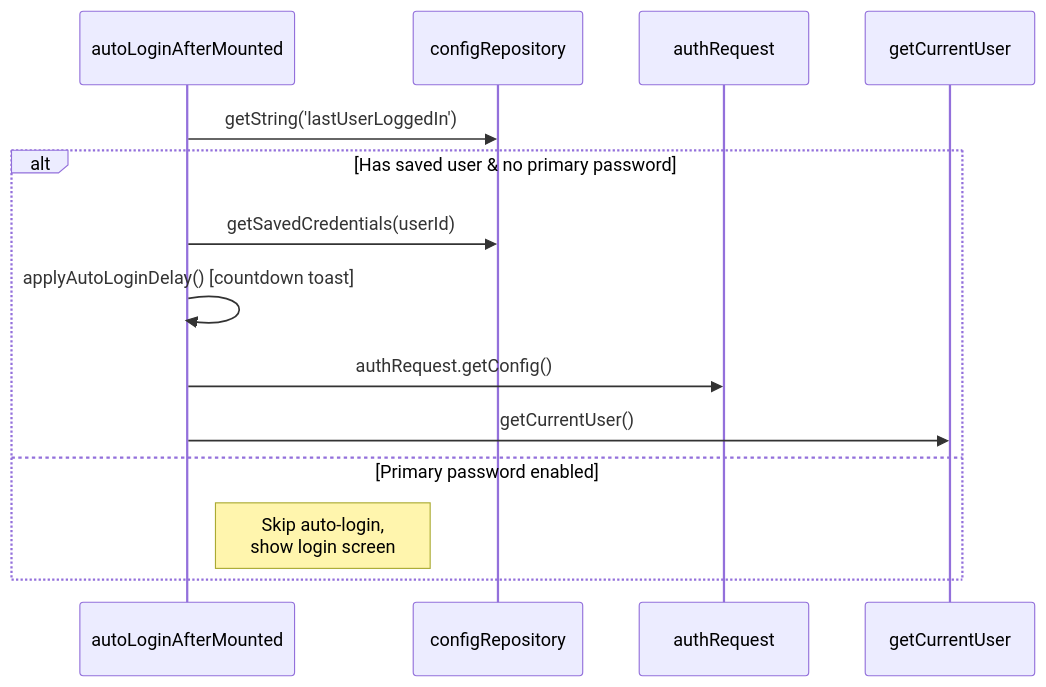
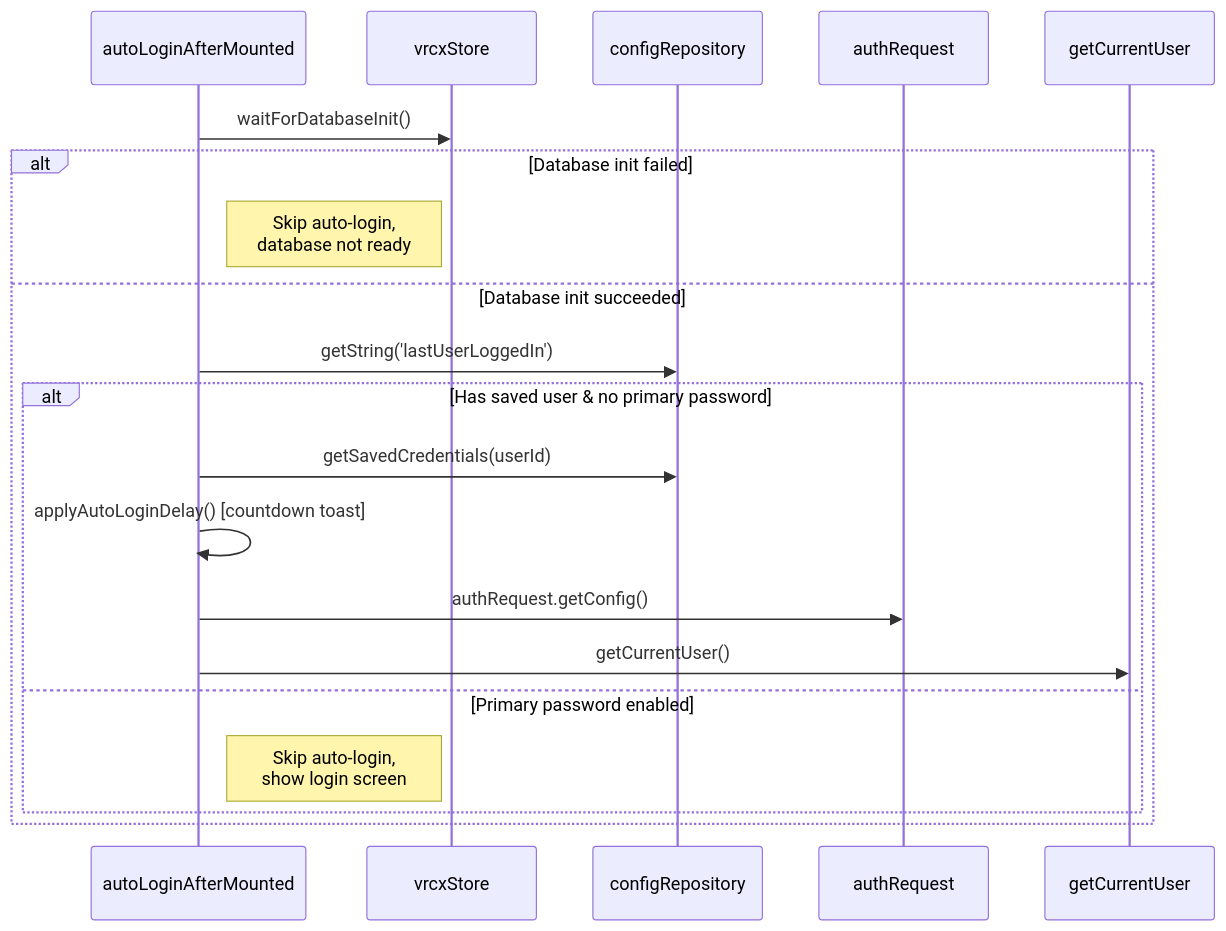
One commit to Map1en/vrcx-docs changed the third of 6 diagrams in en/modules/auth-system.md. Above: the diagram before and after it, drawn with Mermaid. The commit also changed other lines of this file and 19 other files, not shown here.

````diff
--- a/en/modules/auth-system.md
+++ b/en/modules/auth-system.md
@@ -109,17 +109,23 @@
 ```mermaid
 sequenceDiagram
     participant App as autoLoginAfterMounted
+    participant Vrcx as vrcxStore
     participant Config as configRepository
     participant API as authRequest
     participant User as getCurrentUser
 
-    App->>Config: getString('lastUserLoggedIn')
-    alt Has saved user & no primary password
-        App->>Config: getSavedCredentials(userId)
-        App->>App: applyAutoLoginDelay() [countdown toast]
-        App->>API: authRequest.getConfig()
-        App->>User: getCurrentUser()
-    else Primary password enabled
-        Note right of App: Skip auto-login,<br/>show login screen
+    App->>Vrcx: waitForDatabaseInit()
+    alt Database init failed
+        Note right of App: Skip auto-login,<br/>database not ready
+    else Database init succeeded
+        App->>Config: getString('lastUserLoggedIn')
+        alt Has saved user & no primary password
+            App->>Config: getSavedCredentials(userId)
+            App->>App: applyAutoLoginDelay() [countdown toast]
+            App->>API: authRequest.getConfig()
+            App->>User: getCurrentUser()
+        else Primary password enabled
+            Note right of App: Skip auto-login,<br/>show login screen
+        end
     end
 ```
````
